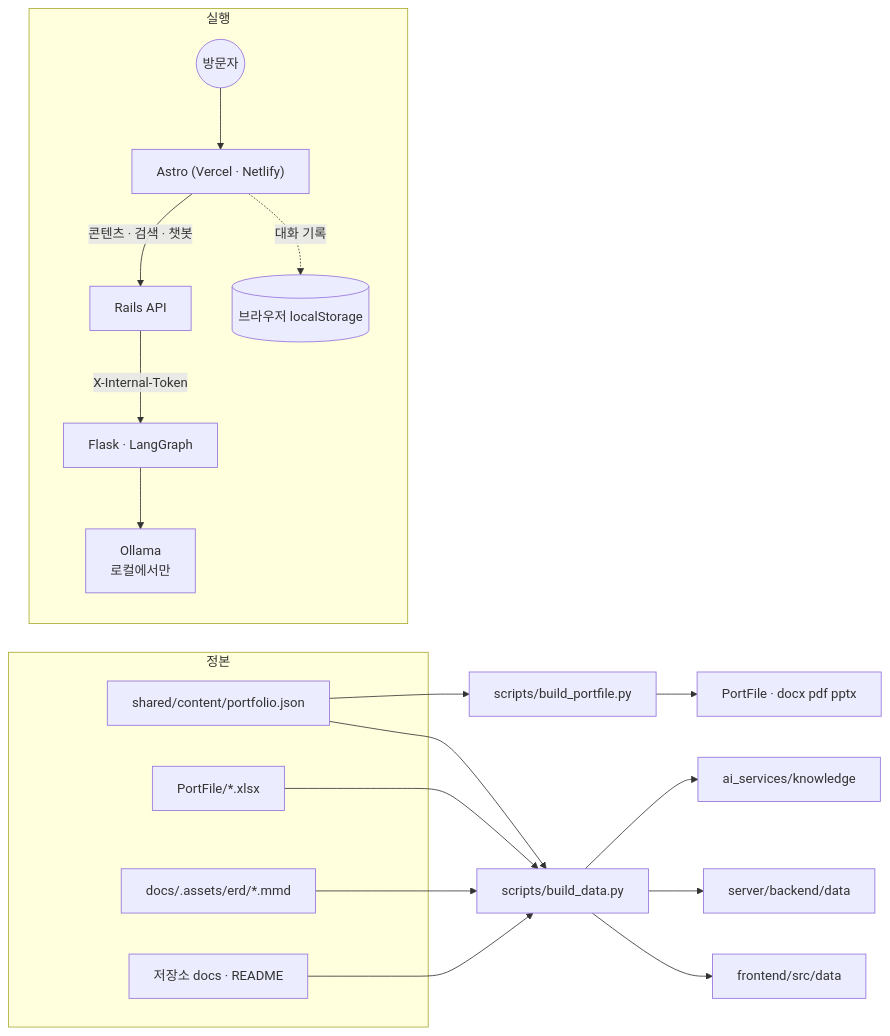
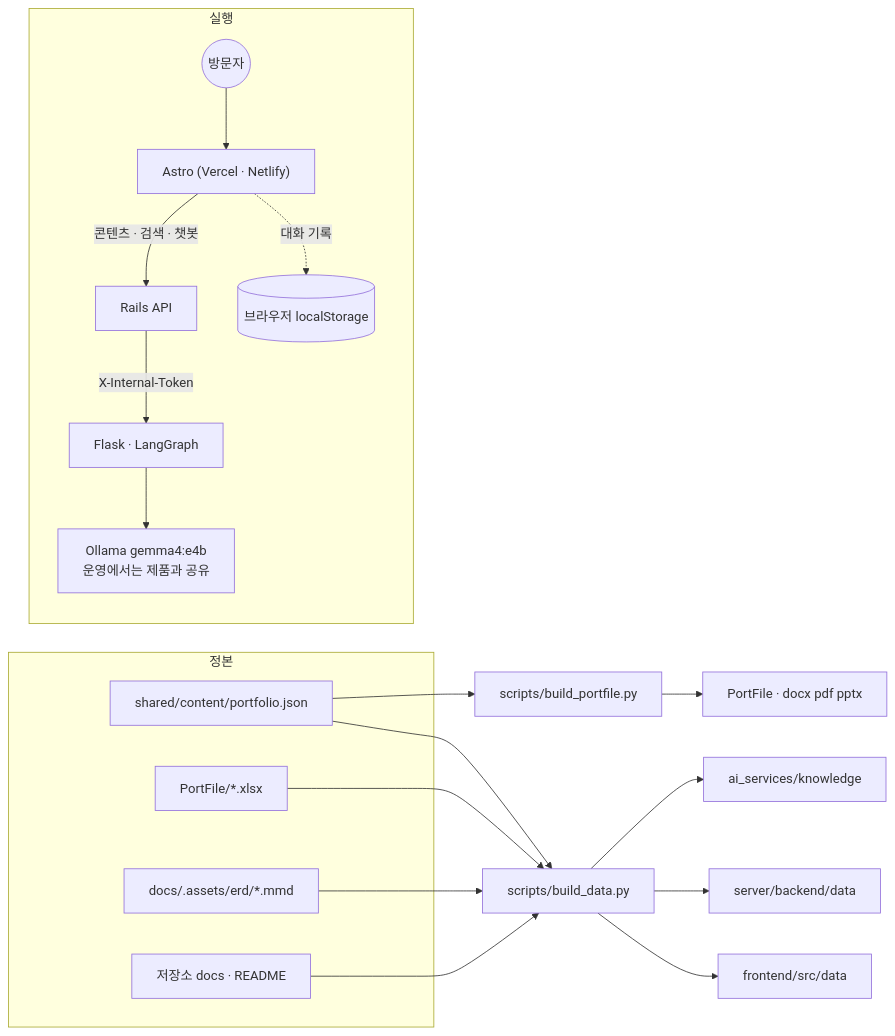
The diagram in PortFolio/README.md (samam0234/CodiComperChat), drawn with Mermaid before and after one commit. The commit also changed other lines of this file and 48 other files, not shown here.

````diff
--- a/PortFolio/README.md
+++ b/PortFolio/README.md
@@ -24,19 +92,19 @@
 ```mermaid
 flowchart LR
   subgraph SRC["정본"]
     C["shared/content/portfolio.json"]
     X["PortFile/*.xlsx"]
     E["docs/.assets/erd/*.mmd"]
     D["저장소 docs · README"]
   end
   C & X & E & D --> BD["scripts/build_data.py"]
   BD --> FD["frontend/src/data"] & BKD["server/backend/data"] & K["ai_services/knowledge"]
   C --> BP["scripts/build_portfile.py"] --> PF["PortFile · docx pdf pptx"]
   subgraph RUN["실행"]
     U(("방문자")) --> FE["Astro (Vercel · Netlify)"]
     FE -- "콘텐츠 · 검색 · 챗봇" --> RB["Rails API"]
     RB -- "X-Internal-Token" --> FL["Flask · LangGraph"]
-    FL --> OL["Ollama<br/>로컬에서만"]
+    FL --> OL["Ollama gemma4:e4b<br/>운영에서는 제품과 공유"]
     FE -. "대화 기록" .-> LS[("브라우저 localStorage")]
   end
 ```
````
